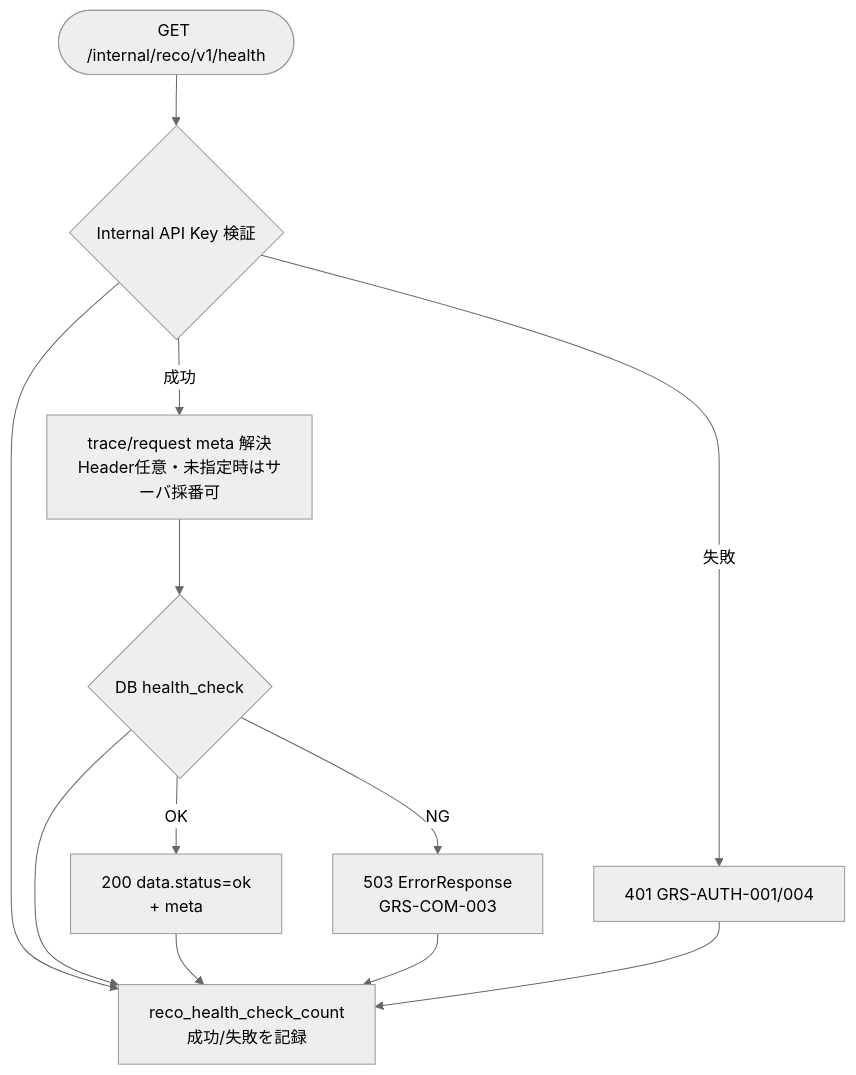
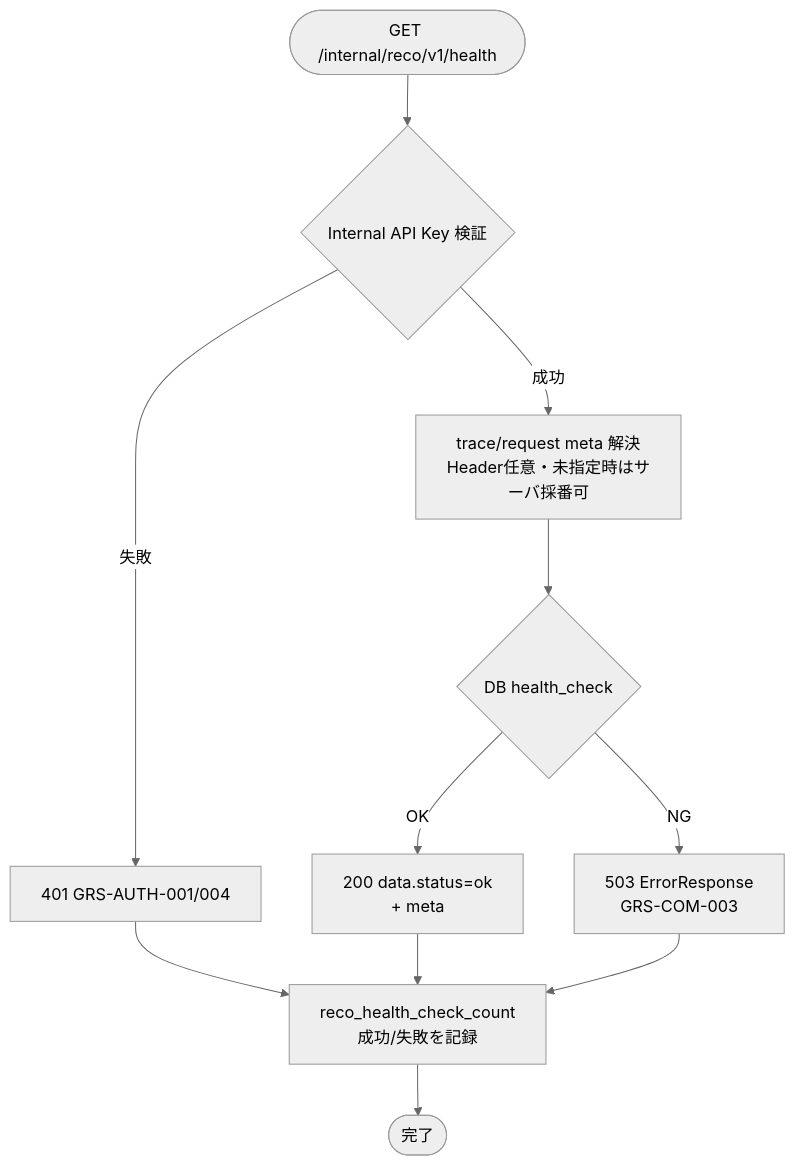
Before and after one commit to ryo-chan-k6/GiftRecommendAPP_MVP_CYCLE_3: the diagram in docs/06_実装設計/api/API-INT-001_RecoヘルスチェックAPI実装仕様書.md, drawn with Mermaid (neutral theme). The commit also changed other lines of this file, not shown here.

````diff
--- a/docs/06_実装設計/api/API-INT-001_RecoヘルスチェックAPI実装仕様書.md
+++ b/docs/06_実装設計/api/API-INT-001_RecoヘルスチェックAPI実装仕様書.md
@@ -106,14 +106,13 @@
 ```mermaid
 flowchart TD
     START([GET /internal/reco/v1/health]) --> AUTH{Internal API Key 検証}
     AUTH -->|失敗| E401[401 GRS-AUTH-001/004]
     AUTH -->|成功| META[trace/request meta 解決<br/>Header任意・未指定時はサーバ採番可]
     META --> PROBE{DB health_check}
     PROBE -->|OK| OK200[200 data.status=ok<br/>+ meta]
     PROBE -->|NG| E503[503 ErrorResponse<br/>GRS-COM-003]
-    AUTH --> METRIC[reco_health_check_count<br/>成功/失敗を記録]
-    PROBE --> METRIC
+    E401 --> METRIC[reco_health_check_count<br/>成功/失敗を記録]
     OK200 --> METRIC
     E503 --> METRIC
-    E401 --> METRIC
+    METRIC --> END([完了])
 ```
````
